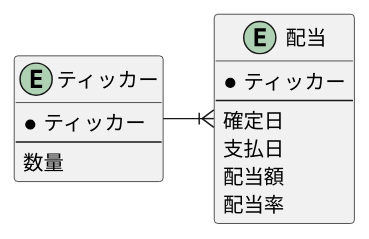
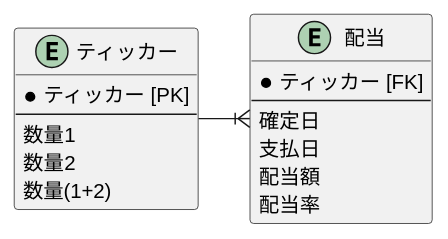
One commit to of3jlmssoo/djangorest-simple-app changed the first of 3 diagrams in client/docs/readme.md. Above: the diagram before and after it, drawn with PlantUML. The commit also changed other lines of this file, not shown here.

````diff
--- a/client/docs/readme.md
+++ b/client/docs/readme.md
@@ -4,19 +5,24 @@
 ```plantuml
 @startuml
 entity "ティッカー" as ticker {
-  * ティッカー
+  * ティッカー [PK]
   --
-  数量
-} 
+  数量1
+  数量2
+  数量(1+2)
+}
 entity "配当" as dividend {
-  * ティッカー
+  * ティッカー [FK]
   --
   確定日
   支払日
   配当額
   配当率
-} 
+}
 ticker -|{ dividend
+
+
+
 ' - --で並びが変わる
 @enduml
 ```
````
